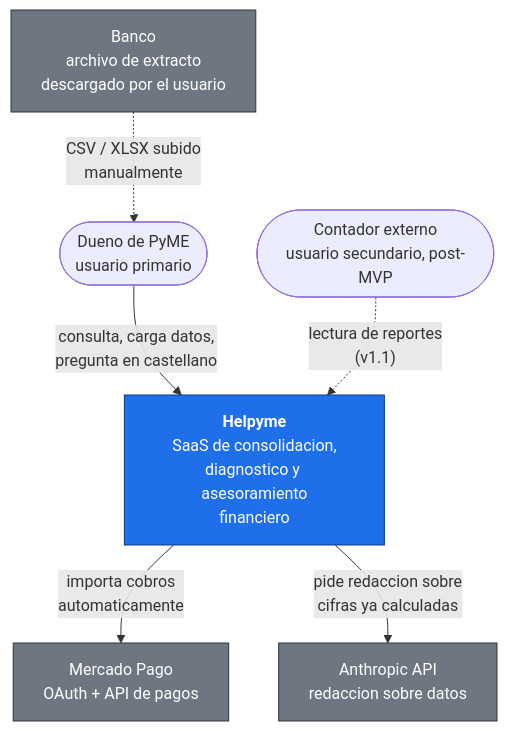
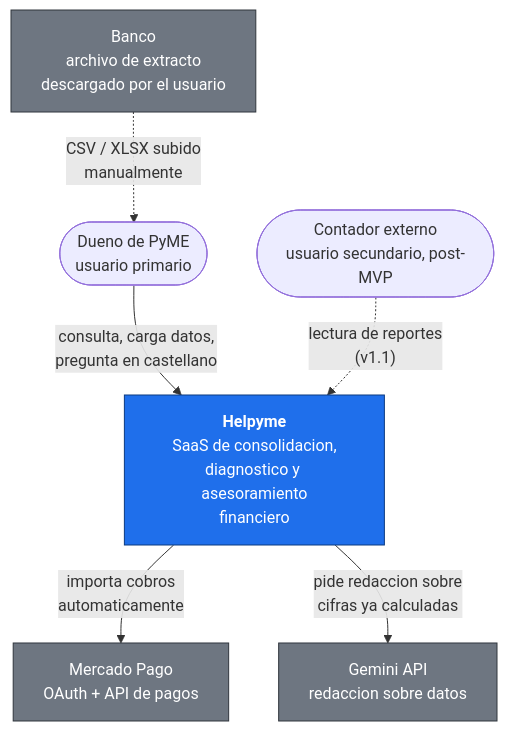
One commit to colosoler/Helpyme changed the first of 5 diagrams in entregas-cloud/checkpoint-1/02-diagramas.md. Above: the diagram before and after it, drawn with Mermaid. The commit also changed 7 other files, not shown here.

````diff
--- a/entregas-cloud/checkpoint-1/02-diagramas.md
+++ b/entregas-cloud/checkpoint-1/02-diagramas.md
@@ -14,22 +14,22 @@
 ```mermaid
 flowchart TB
     dueno(["Dueno de PyME<br/>usuario primario"])
     contador(["Contador externo<br/>usuario secundario, post-MVP"])
 
     helpyme["<b>Helpyme</b><br/>SaaS de consolidacion,<br/>diagnostico y asesoramiento<br/>financiero"]
 
     mp["Mercado Pago<br/>OAuth + API de pagos"]
-    anthropic["Anthropic API<br/>redaccion sobre datos"]
+    gemini["Gemini API<br/>redaccion sobre datos"]
     banco["Banco<br/>archivo de extracto<br/>descargado por el usuario"]
 
     dueno -->|"consulta, carga datos,<br/>pregunta en castellano"| helpyme
     contador -.->|"lectura de reportes<br/>(v1.1)"| helpyme
     helpyme -->|"importa cobros<br/>automaticamente"| mp
-    helpyme -->|"pide redaccion sobre<br/>cifras ya calculadas"| anthropic
+    helpyme -->|"pide redaccion sobre<br/>cifras ya calculadas"| gemini
     banco -.->|"CSV / XLSX subido<br/>manualmente"| dueno
 
     classDef sys fill:#1f6feb,stroke:#0b3a80,color:#fff
     classDef ext fill:#6e7681,stroke:#30363d,color:#fff
     class helpyme sys
-    class mp,anthropic,banco ext
+    class mp,gemini,banco ext
 ```
````
